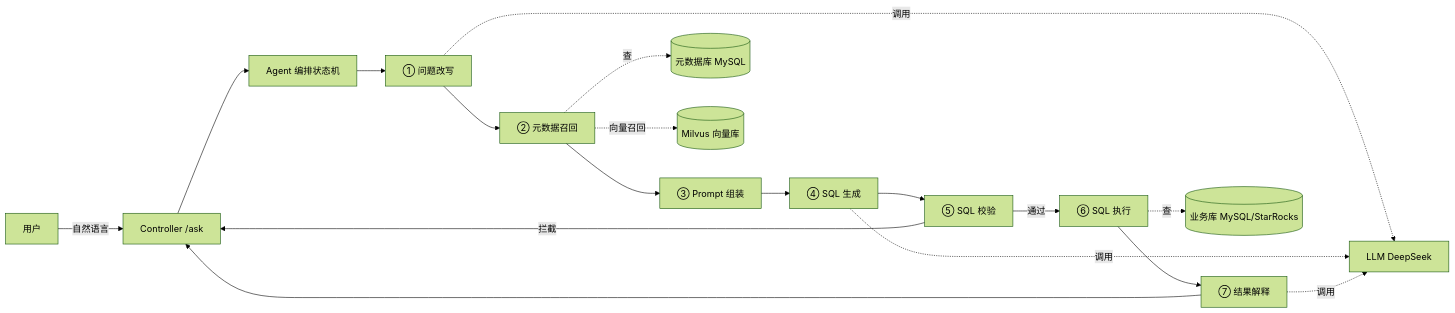
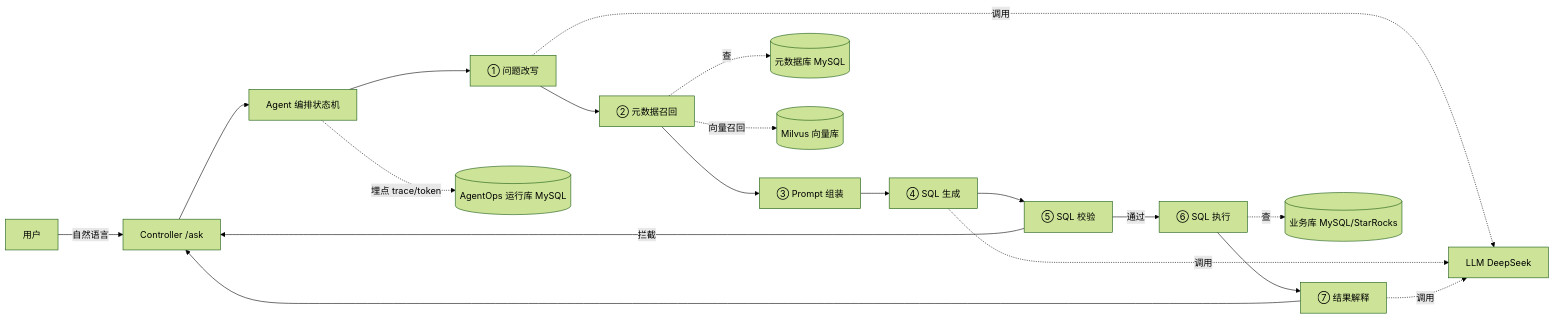
One commit to zlf-git/DataPilot changed the diagram in docs/TECH_DESIGN.md. Above: the diagram before and after it, drawn with Mermaid (forest theme). The commit also changed other lines of this file and 2 other files, not shown here.

Commit message:
docs: 新增 AgentOps 可观测性(自研轻量 trace/token/失败定位)

````diff
--- a/docs/TECH_DESIGN.md
+++ b/docs/TECH_DESIGN.md
@@ -33,21 +34,22 @@
 ```mermaid
 graph LR
     U[用户] -->|自然语言| C[Controller /ask]
     C --> O[Agent 编排状态机]
     O --> S1[① 问题改写]
     S1 --> S2[② 元数据召回]
     S2 --> S3[③ Prompt 组装]
     S3 --> S4[④ SQL 生成]
     S4 --> S5[⑤ SQL 校验]
     S5 -->|通过| S6[⑥ SQL 执行]
     S5 -->|拦截| C
     S6 --> S7[⑦ 结果解释]
     S7 --> C
 
     S1 -.调用.-> LLM[LLM DeepSeek]
     S4 -.调用.-> LLM
     S7 -.调用.-> LLM
     S2 -.查.-> META[(元数据库 MySQL)]
     S2 -.向量召回.-> VEC[(Milvus 向量库)]
     S6 -.查.-> BUS[(业务库 MySQL/StarRocks)]
+    O -.埋点 trace/token.-> TRACE[(AgentOps 运行库 MySQL)]
 ```
````
